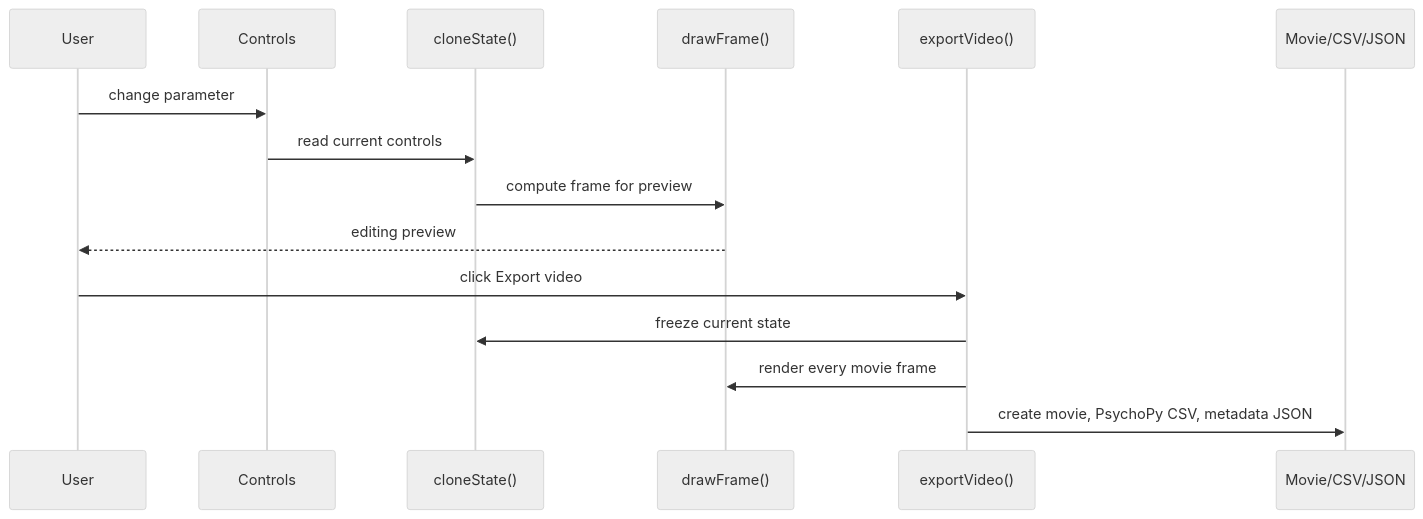
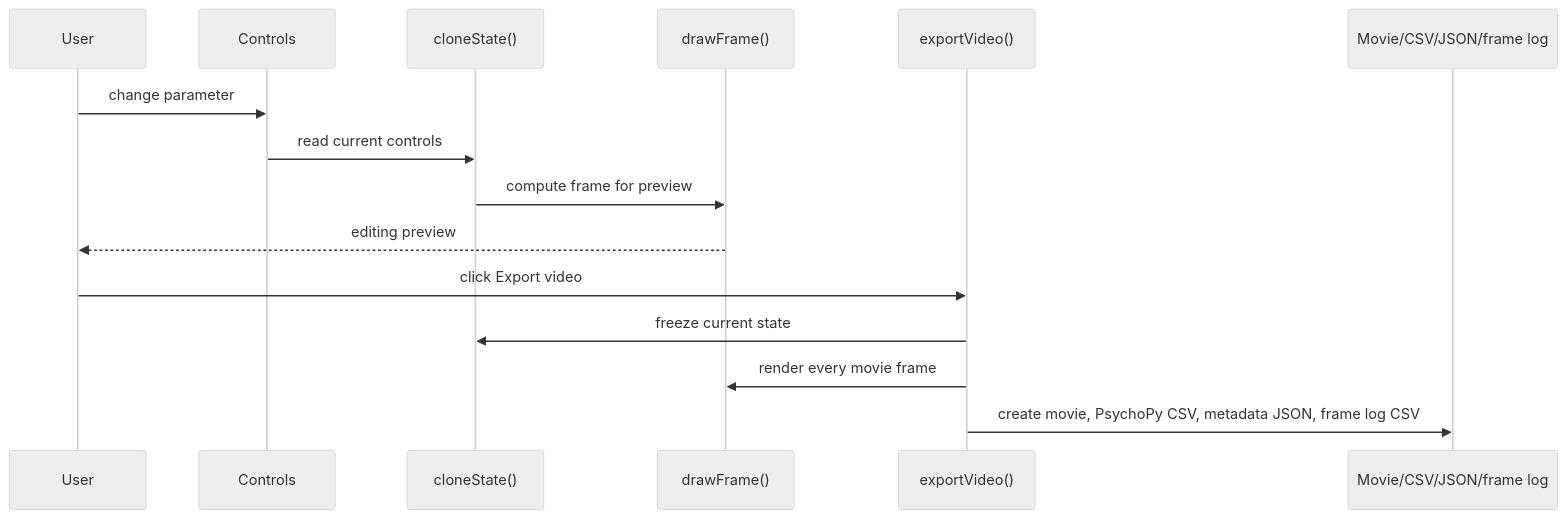
Before and after one commit to apronNet/Causal-Perception: the fifth of 7 diagrams in FORKING_GUIDE.md, drawn with Mermaid (neutral theme). The commit also changed other lines of this file and 5 other files, not shown here.

````diff
--- a/FORKING_GUIDE.md
+++ b/FORKING_GUIDE.md
@@ -107,18 +107,18 @@
 ```mermaid
 sequenceDiagram
   participant User
   participant Controls as Controls
   participant State as cloneState()
   participant Draw as drawFrame()
   participant Export as exportVideo()
-  participant Files as Movie/CSV/JSON
+  participant Files as Movie/CSV/JSON/frame log
 
   User->>Controls: change parameter
   Controls->>State: read current controls
   State->>Draw: compute frame for preview
   Draw-->>User: editing preview
   User->>Export: click Export video
   Export->>State: freeze current state
   Export->>Draw: render every movie frame
-  Export->>Files: create movie, PsychoPy CSV, metadata JSON
+  Export->>Files: create movie, PsychoPy CSV, metadata JSON, frame log CSV
 ```
````
